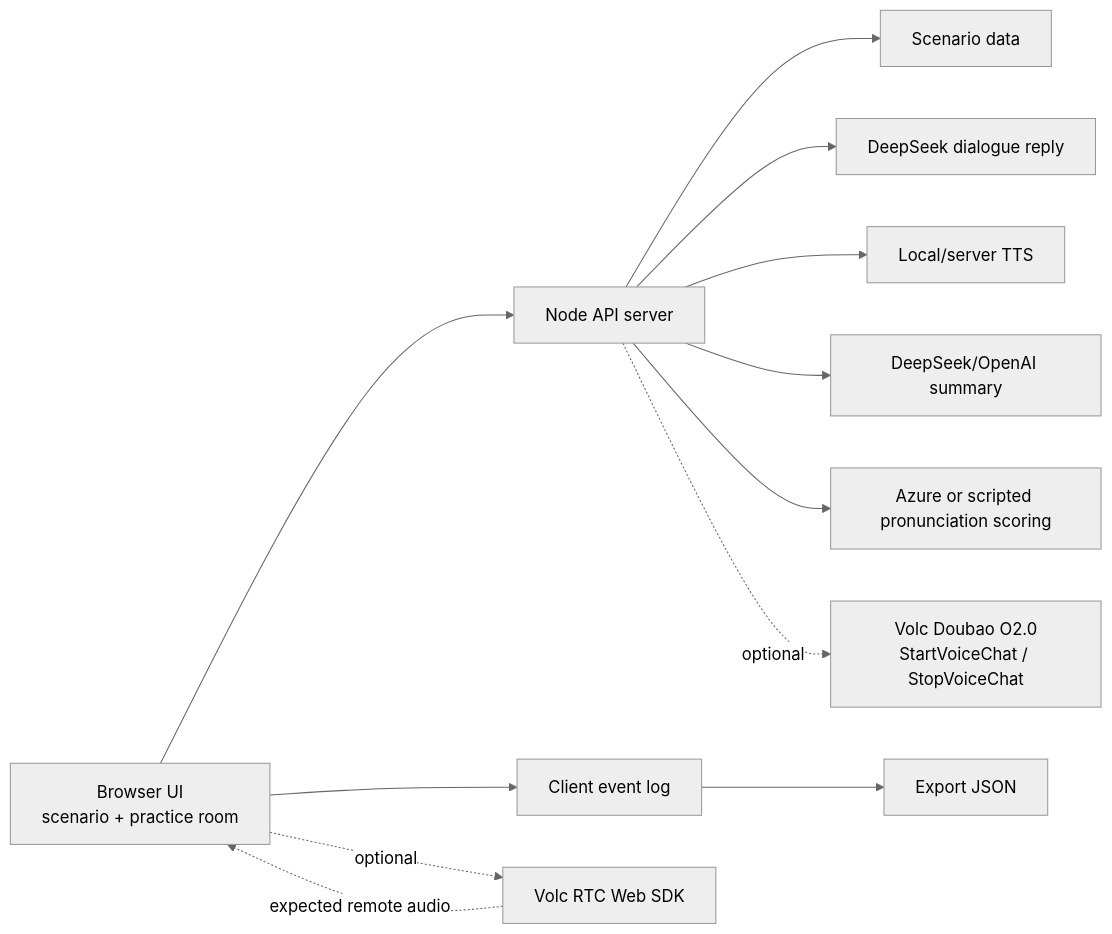
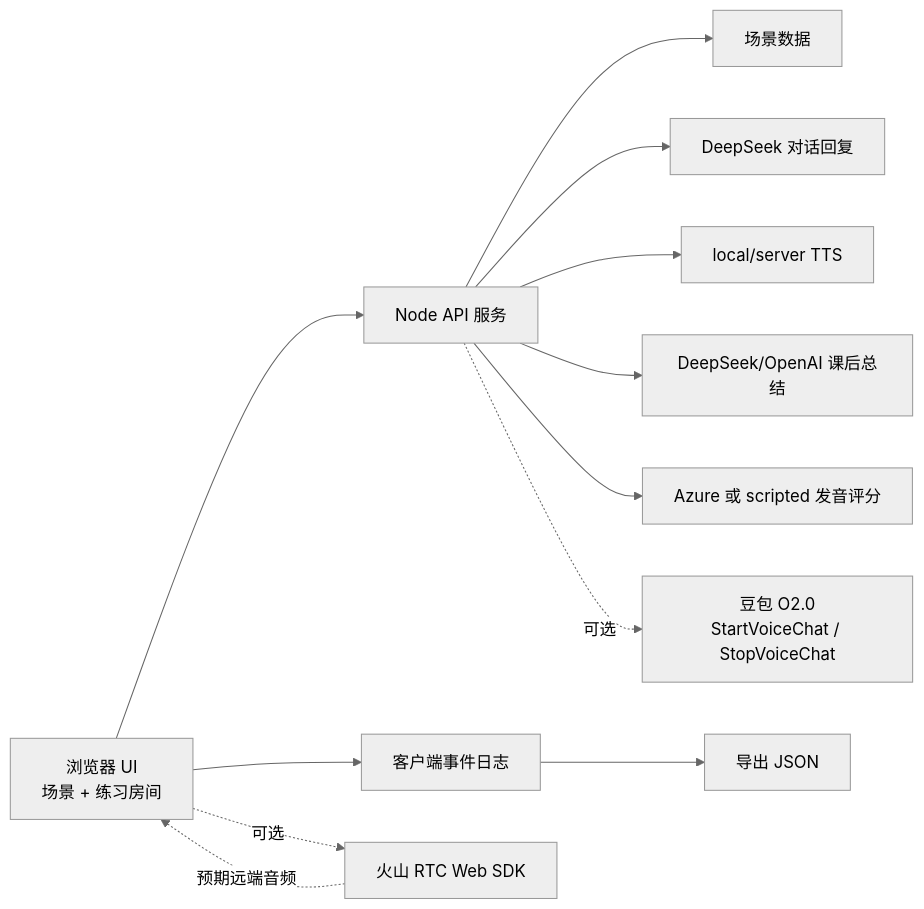
The diagram in README.md (AAA-413/ai-english-speaking-coach), drawn with Mermaid (neutral theme) before and after one commit. The commit also changed other lines of this file, not shown here.

````diff
--- a/README.md
+++ b/README.md
@@ -40,17 +42,17 @@
 ```mermaid
 flowchart LR
-  UI["Browser UI\nscenario + practice room"] --> API["Node API server"]
-  UI --> LOG["Client event log"]
+  UI["浏览器 UI\n场景 + 练习房间"] --> API["Node API 服务"]
+  UI --> LOG["客户端事件日志"]
 
-  API --> SCENARIOS["Scenario data"]
-  API --> DIALOGUE["DeepSeek dialogue reply"]
-  API --> TTS["Local/server TTS"]
-  API --> SUMMARY["DeepSeek/OpenAI summary"]
-  API --> PRON["Azure or scripted pronunciation scoring"]
+  API --> SCENARIOS["场景数据"]
+  API --> DIALOGUE["DeepSeek 对话回复"]
+  API --> TTS["local/server TTS"]
+  API --> SUMMARY["DeepSeek/OpenAI 课后总结"]
+  API --> PRON["Azure 或 scripted 发音评分"]
 
-  UI -. optional .-> RTC["Volc RTC Web SDK"]
-  API -. optional .-> VOLC["Volc Doubao O2.0\nStartVoiceChat / StopVoiceChat"]
-  RTC -. expected remote audio .-> UI
+  UI -. 可选 .-> RTC["火山 RTC Web SDK"]
+  API -. 可选 .-> VOLC["豆包 O2.0\nStartVoiceChat / StopVoiceChat"]
+  RTC -. 预期远端音频 .-> UI
 
-  LOG --> EXPORT["Export JSON"]
+  LOG --> EXPORT["导出 JSON"]
 ```
````
